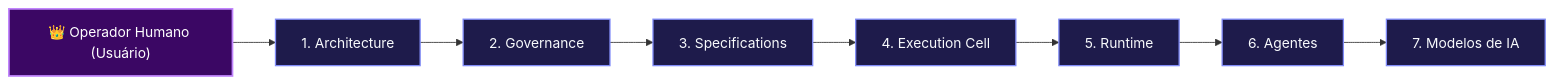
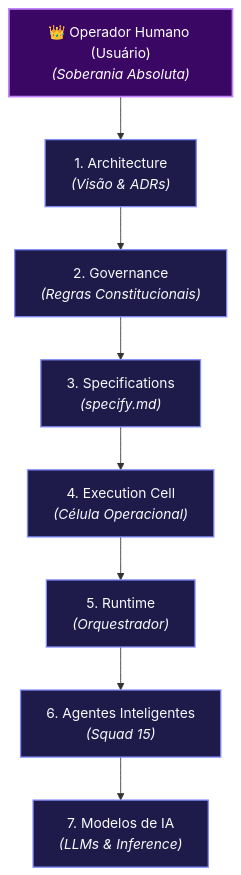
Before and after one commit to EnterDufter/PromptCoreLabs_AEOS: the fourth of 5 diagrams in governance/operating-model.md, drawn with Mermaid. The commit also changed other lines of this file and 1 other file, not shown here.

````diff
--- a/governance/operating-model.md
+++ b/governance/operating-model.md
@@ -340,13 +329,13 @@
 ```mermaid
-graph LR
+graph TD
     classDef top fill:#3b0764,stroke:#c084fc,stroke-width:2px,color:#fff;
     classDef auth fill:#1e1b4b,stroke:#818cf8,stroke-width:1.5px,color:#f8fafc;
 
-    U["👑 Operador Humano (Usuário)"]:::top --> Arc["1. Architecture"]:::auth
-    Arc --> Gov["2. Governance"]:::auth
-    Gov --> Spec["3. Specifications"]:::auth
-    Spec --> EC["4. Execution Cell"]:::auth
-    EC --> RT["5. Runtime"]:::auth
-    RT --> Agt["6. Agentes"]:::auth
-    Agt --> Mdl["7. Modelos de IA"]:::auth
+    U["👑 Operador Humano (Usuário)<br/><i>(Soberania Absoluta)</i>"]:::top --> Arc["1. Architecture<br/><i>(Visão & ADRs)</i>"]:::auth
+    Arc --> Gov["2. Governance<br/><i>(Regras Constitucionais)</i>"]:::auth
+    Gov --> Spec["3. Specifications<br/><i>(specify.md)</i>"]:::auth
+    Spec --> EC["4. Execution Cell<br/><i>(Célula Operacional)</i>"]:::auth
+    EC --> RT["5. Runtime<br/><i>(Orquestrador)</i>"]:::auth
+    RT --> Agt["6. Agentes Inteligentes<br/><i>(Squad 15)</i>"]:::auth
+    Agt --> Mdl["7. Modelos de IA<br/><i>(LLMs & Inference)</i>"]:::auth
 ```
````
